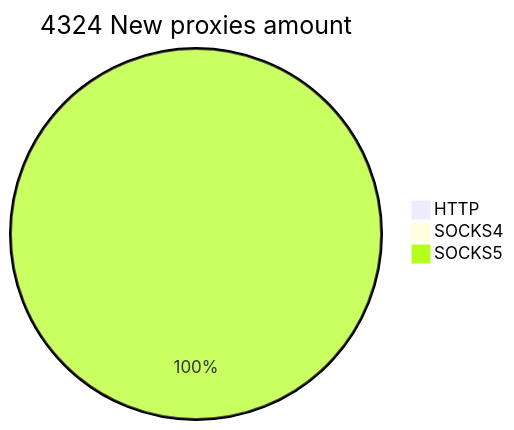
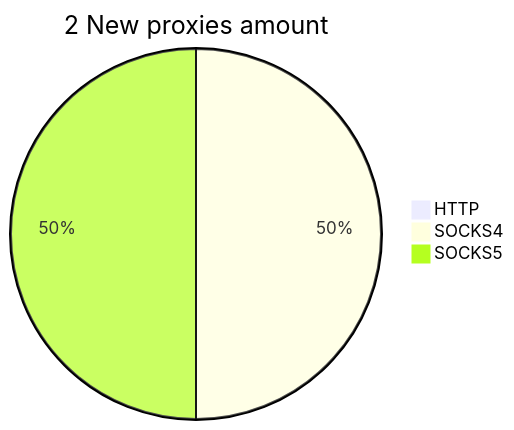
The second of 2 diagrams in README.md (cutipu/proxylist), drawn with Mermaid before and after one commit. The commit also changed other lines of this file, not shown here.

````diff
--- a/README.md
+++ b/README.md
@@ -10,6 +10,6 @@
 ```mermaid
-pie title 4324 New proxies amount
+pie title 2 New proxies amount
     "HTTP" : 0
-    "SOCKS4" : 0
-    "SOCKS5" : 4325
+    "SOCKS4" : 1
+    "SOCKS5" : 1
 ```
````
